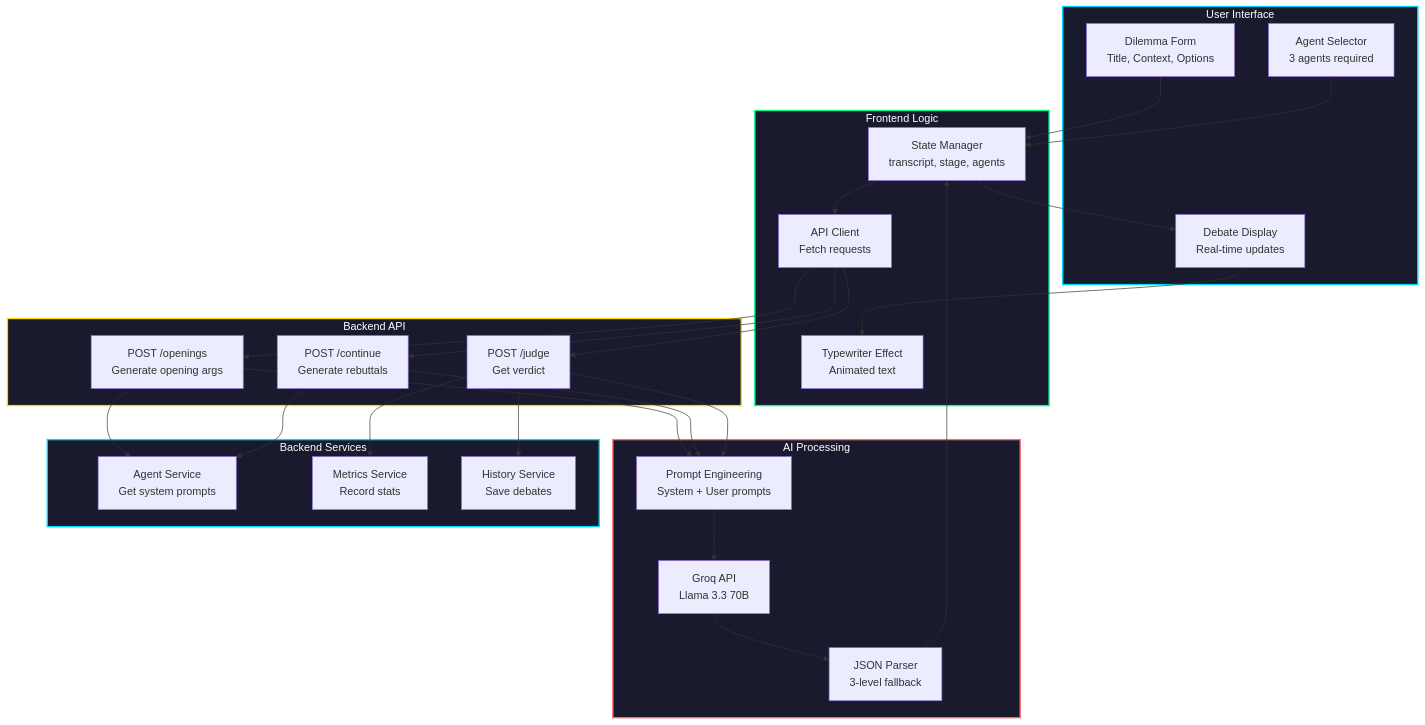
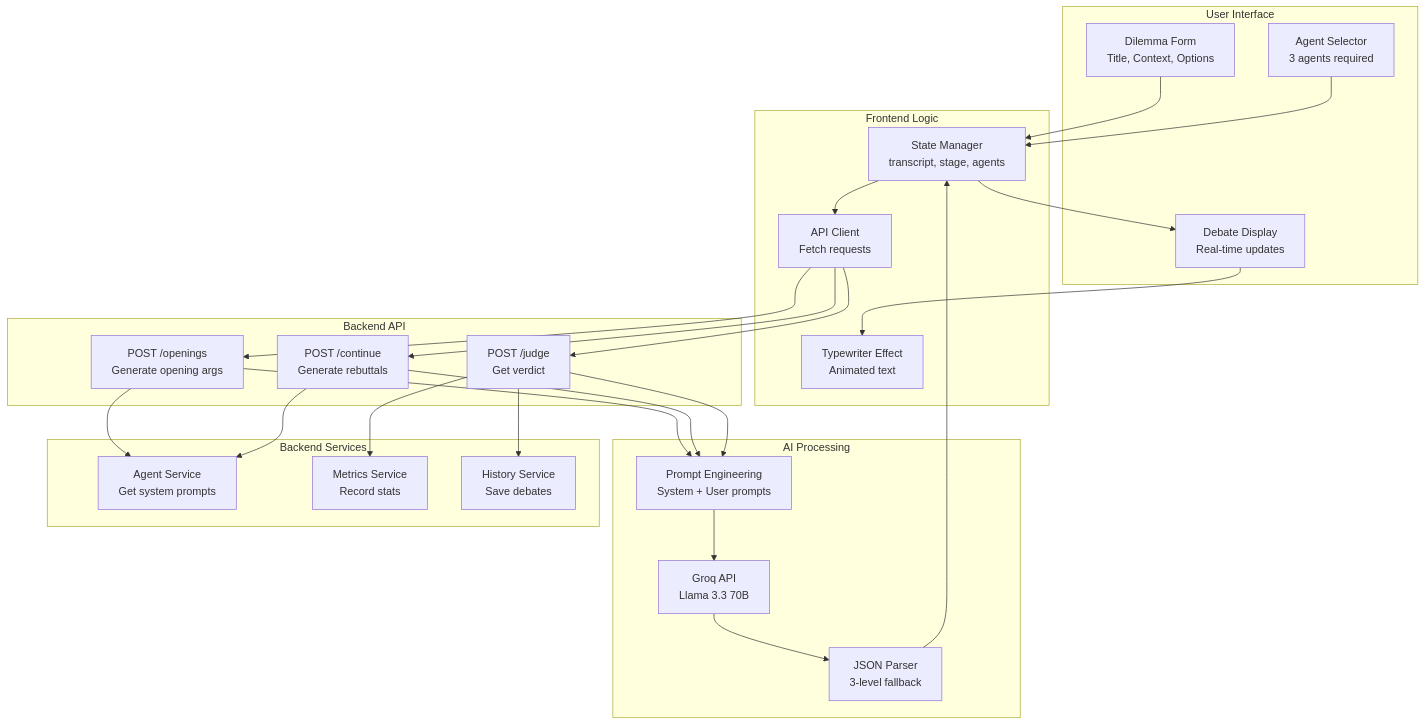
One commit to khattam/MirrorMind-AI changed the second of 11 diagrams in docs/feature-architecture-diagrams.md. Above: the diagram before and after it, drawn with Mermaid. The commit also changed other lines of this file, not shown here.

Commit message:
Remove ALL dark background styling from Mermaid diagrams - clean light backgrounds

````diff
--- a/docs/feature-architecture-diagrams.md
+++ b/docs/feature-architecture-diagrams.md
@@ -76,61 +76,55 @@
 ```mermaid
 graph TB
     subgraph User["User Interface"]
         DilemmaForm[Dilemma Form<br/>Title, Context, Options]
         AgentSelect[Agent Selector<br/>3 agents required]
         DebateDisplay[Debate Display<br/>Real-time updates]
     end
     
     subgraph Frontend["Frontend Logic"]
         StateManager[State Manager<br/>transcript, stage, agents]
         APIClient[API Client<br/>Fetch requests]
         TypewriterEffect[Typewriter Effect<br/>Animated text]
     end
     
     subgraph Backend["Backend API"]
         OpeningsEndpoint[POST /openings<br/>Generate opening args]
         ContinueEndpoint[POST /continue<br/>Generate rebuttals]
         JudgeEndpoint[POST /judge<br/>Get verdict]
     end
     
     subgraph AILayer["AI Processing"]
         GroqAPI[Groq API<br/>Llama 3.3 70B]
         PromptEngine[Prompt Engineering<br/>System + User prompts]
         JSONParser[JSON Parser<br/>3-level fallback]
     end
     
     subgraph Services["Backend Services"]
         AgentService[Agent Service<br/>Get system prompts]
         MetricsService[Metrics Service<br/>Record stats]
         HistoryService[History Service<br/>Save debates]
     end
 
     
     DilemmaForm --> StateManager
     AgentSelect --> StateManager
     StateManager --> APIClient
     APIClient --> OpeningsEndpoint
     APIClient --> ContinueEndpoint
     APIClient --> JudgeEndpoint
     
     OpeningsEndpoint --> AgentService
     OpeningsEndpoint --> PromptEngine
     ContinueEndpoint --> AgentService
     ContinueEndpoint --> PromptEngine
     JudgeEndpoint --> PromptEngine
     
     PromptEngine --> GroqAPI
     GroqAPI --> JSONParser
     JSONParser --> StateManager
     StateManager --> DebateDisplay
     DebateDisplay --> TypewriterEffect
     
     JudgeEndpoint --> MetricsService
     JudgeEndpoint --> HistoryService
-    
-    style User fill:#1a1a2e,stroke:#00d9ff,stroke-width:2px,color:#fff
-    style Frontend fill:#1a1a2e,stroke:#00ff88,stroke-width:2px,color:#fff
-    style Backend fill:#1a1a2e,stroke:#ffd700,stroke-width:2px,color:#fff
-    style AILayer fill:#1a1a2e,stroke:#ff6b6b,stroke-width:2px,color:#fff
-    style Services fill:#1a1a2e,stroke:#00d9ff,stroke-width:2px,color:#fff
 ```
````
